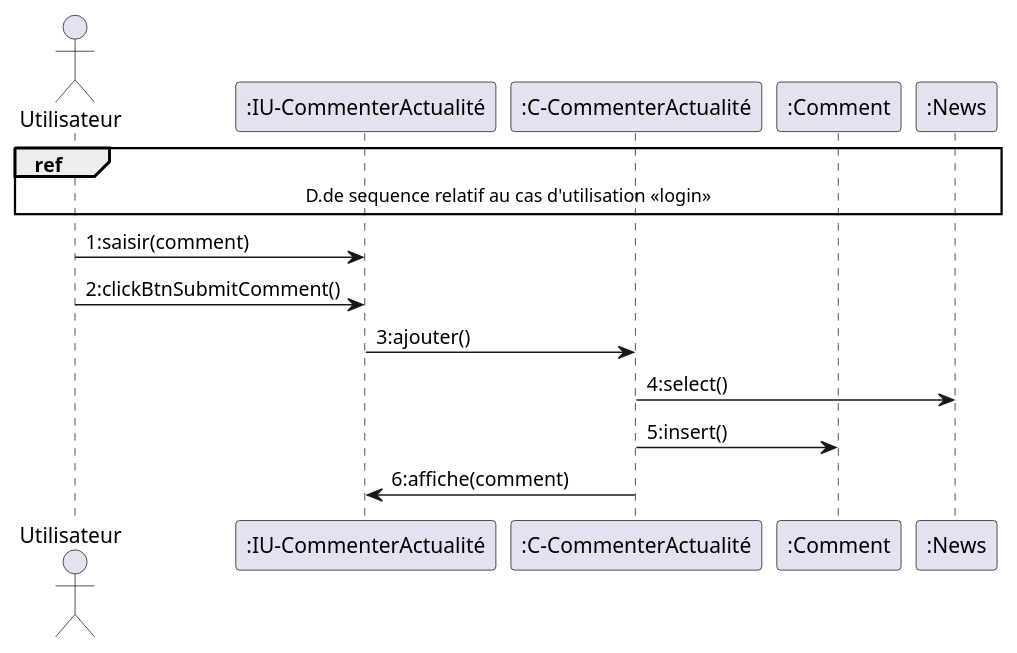
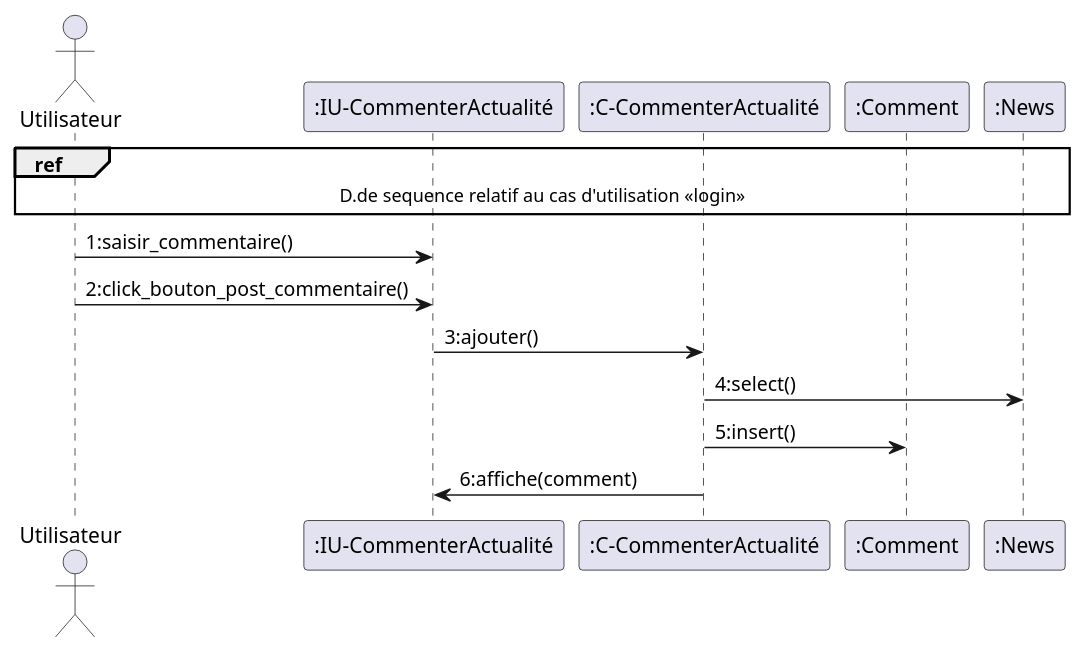
The diagram in Desktop/rapport/sequence/commenteracualite.puml (benslimenmohamedaziz3-bot/diagrammes), drawn with PlantUML before and after one commit. The commit also changed 17 other files, not shown here.

```diff
--- a/Desktop/rapport/sequence/commenteracualite.puml
+++ b/Desktop/rapport/sequence/commenteracualite.puml
@@ -1,22 +1,22 @@
 @startuml
 
 actor "Utilisateur" as Utilisateur
 
 participant ":IU-CommenterActualité" as IU
 participant ":C-CommenterActualité" as C
 participant ":Comment" as Comment
 participant ":News" as News
 
 ref over Utilisateur, News
 D.de sequence relatif au cas d'utilisation << login >>
 end ref
 
-Utilisateur -> IU : 1:saisir(comment)
-Utilisateur -> IU : 2:clickBtnSubmitComment()
+Utilisateur -> IU : 1:saisir_commentaire()
+Utilisateur -> IU : 2:click_bouton_post_commentaire()
 
 IU -> C : 3:ajouter()
 C -> News : 4:select()
 C -> Comment : 5:insert()
 C -> IU : 6:affiche(comment)
 
 @enduml
```
